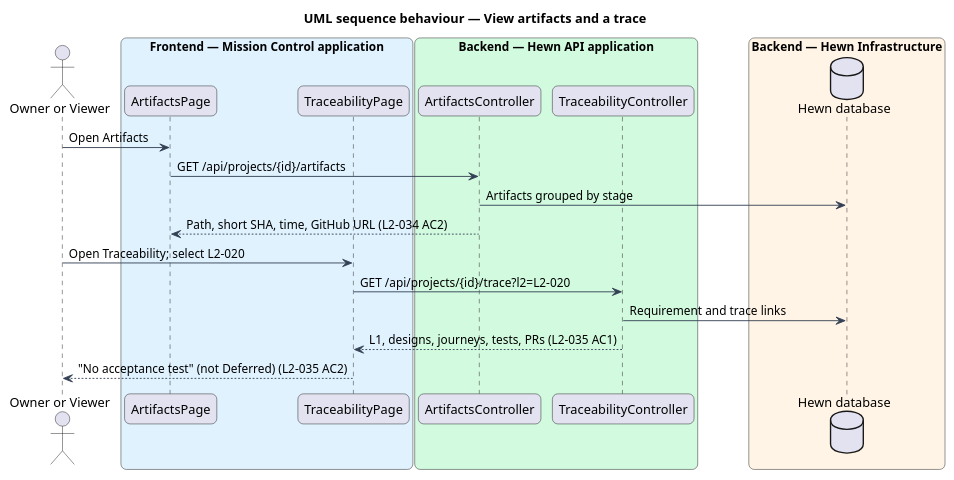
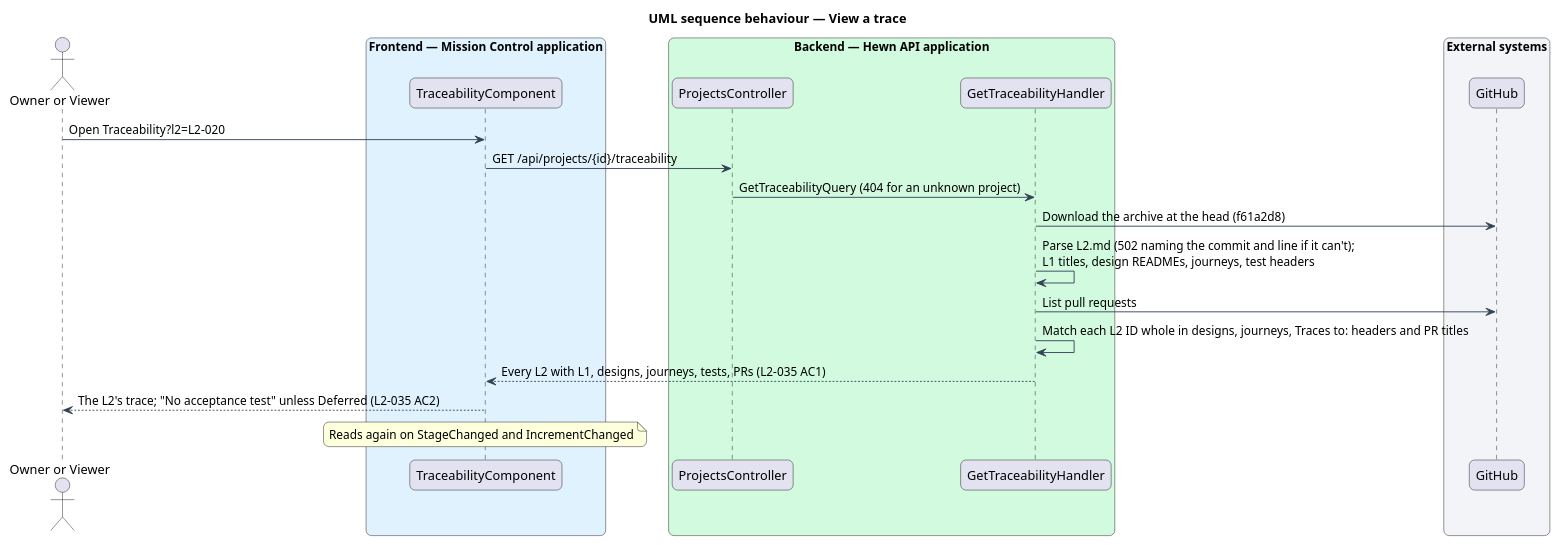
One commit to QuinntyneBrown/hewn changed the diagram in docs/detailed-designs/mission-control/artifacts-and-traceability/diagrams/sequence-view-trace.puml. Above: the diagram before and after it, drawn with PlantUML. The commit also changed 58 other files, not shown here.

First line of the commit message:
Trace a requirement (journey 17, L2-035) (#25)

```diff
--- a/docs/detailed-designs/mission-control/artifacts-and-traceability/diagrams/sequence-view-trace.puml
+++ b/docs/detailed-designs/mission-control/artifacts-and-traceability/diagrams/sequence-view-trace.puml
@@ -1,39 +1,39 @@
 @startuml
-title UML sequence behaviour — View artifacts and a trace
+title UML sequence behaviour — View a trace
 skinparam backgroundColor #FFFFFF
 skinparam shadowing false
 skinparam roundcorner 12
 skinparam defaultFontName Arial
 skinparam ArrowColor #344054
 skinparam rectangle {
   BorderColor #344054
   FontColor #101828
 }
 skinparam package {
   BorderColor #667085
   FontColor #101828
   BackgroundColor #F9FAFB
 }
 skinparam sequenceMessageAlign left
 actor "Owner or Viewer" as user
 box "Frontend — Mission Control application" #E0F2FE
-  participant "ArtifactsPage" as apage
-  participant "TraceabilityPage" as tpage
+  participant "TraceabilityComponent" as tpage
 end box
 box "Backend — Hewn API application" #D1FADF
-  participant "ArtifactsController" as actrl
-  participant "TraceabilityController" as tctrl
+  participant "ProjectsController" as tctrl
+  participant "GetTraceabilityHandler" as handler
 end box
-box "Backend — Hewn Infrastructure" #FFF4E5
-  database "Hewn database" as db
+box "External systems" #F2F4F7
+  participant "GitHub" as gh
 end box
-user -> apage : Open Artifacts
-apage -> actrl : GET /api/projects/{id}/artifacts
-actrl -> db : Artifacts grouped by stage
-actrl --> apage : Path, short SHA, time, GitHub URL (L2-034 AC2)
-user -> tpage : Open Traceability; select L2-020
-tpage -> tctrl : GET /api/projects/{id}/trace?l2=L2-020
-tctrl -> db : Requirement and trace links
-tctrl --> tpage : L1, designs, journeys, tests, PRs (L2-035 AC1)
-tpage --> user : "No acceptance test" (not Deferred) (L2-035 AC2)
+user -> tpage : Open Traceability?l2=L2-020
+tpage -> tctrl : GET /api/projects/{id}/traceability
+tctrl -> handler : GetTraceabilityQuery (404 for an unknown project)
+handler -> gh : Download the archive at the head (f61a2d8)
+handler -> handler : Parse L2.md (502 naming the commit and line if it can't);\nL1 titles, design READMEs, journeys, test headers
+handler -> gh : List pull requests
+handler -> handler : Match each L2 ID whole in designs, journeys, Traces to: headers and PR titles
+handler --> tpage : Every L2 with L1, designs, journeys, tests, PRs (L2-035 AC1)
+tpage --> user : The L2's trace; "No acceptance test" unless Deferred (L2-035 AC2)
+note over tpage : Reads again on StageChanged and IncrementChanged
 @enduml
```
